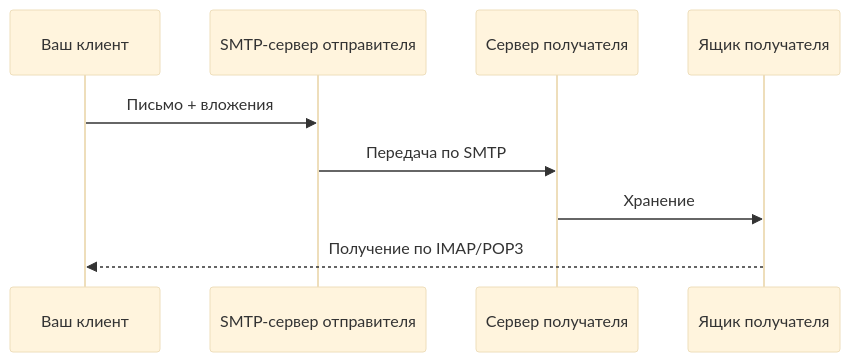
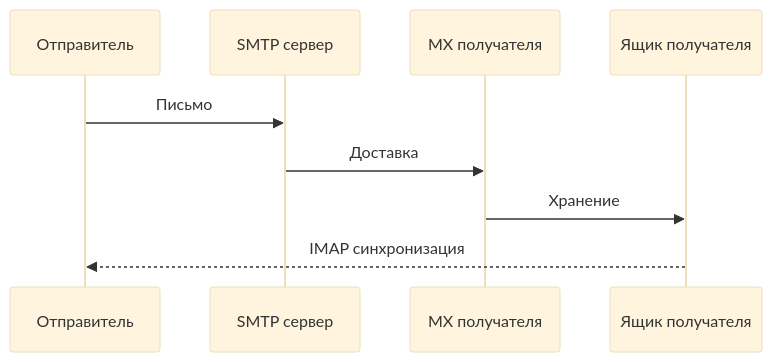
The eighth of 17 diagrams in docs/encyclopedia/1-basics/1-035-bazovaya-informatika/6.md (Spirzen/it-knowledge-base), drawn with Mermaid (base theme) before and after one commit. The commit also changed other lines of this file and 301 other files, not shown here.

````diff
--- a/docs/encyclopedia/1-basics/1-035-bazovaya-informatika/6.md
+++ b/docs/encyclopedia/1-basics/1-035-bazovaya-informatika/6.md
@@ -269,11 +439,11 @@
 ```mermaid
 sequenceDiagram
-    participant U as Ваш клиент
-    participant S as SMTP-сервер отправителя
-    participant R as Сервер получателя
-    participant B as Ящик получателя
-    U->>S: Письмо + вложения
-    S->>R: Передача по SMTP
-    R->>B: Хранение
-    B-->>U: Получение по IMAP/POP3
+    participant U as Отправитель
+    participant SMTP as SMTP сервер
+    participant MX as MX получателя
+    participant M as Ящик получателя
+    U->>SMTP: Письмо
+    SMTP->>MX: Доставка
+    MX->>M: Хранение
+    M-->>U: IMAP синхронизация
 ```
````
